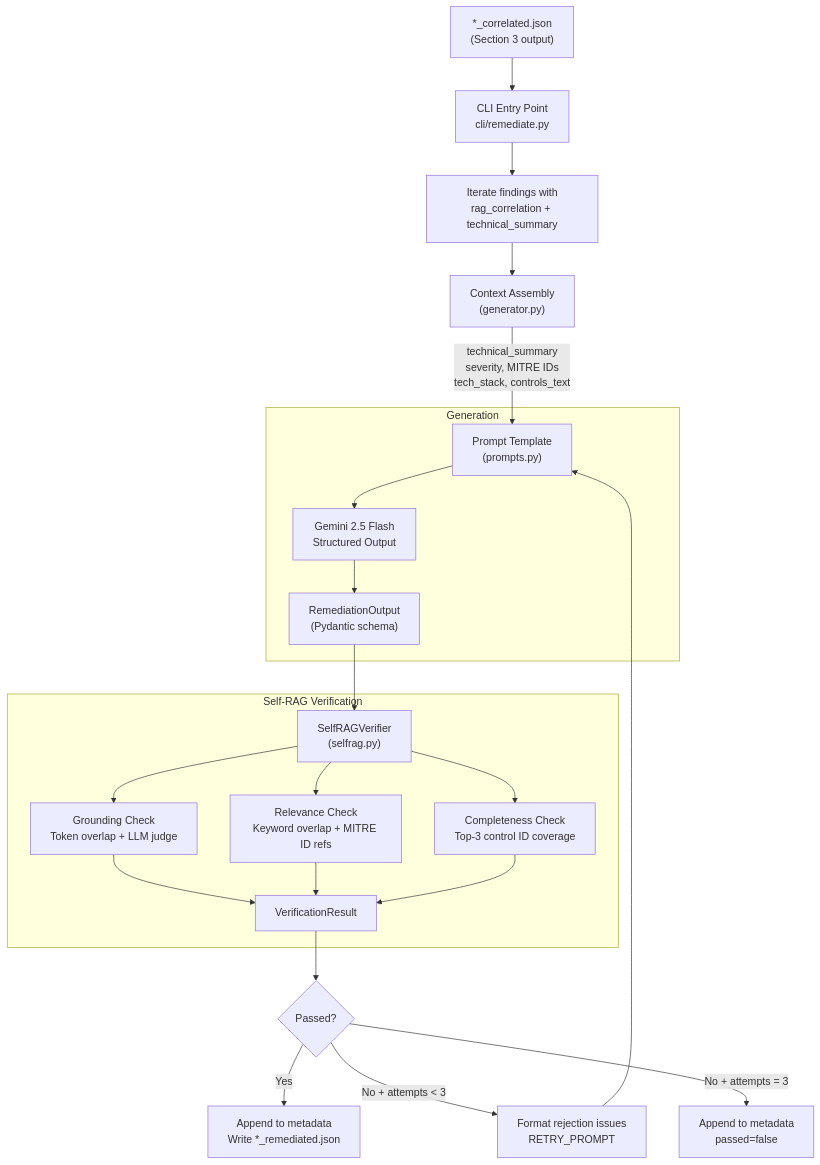
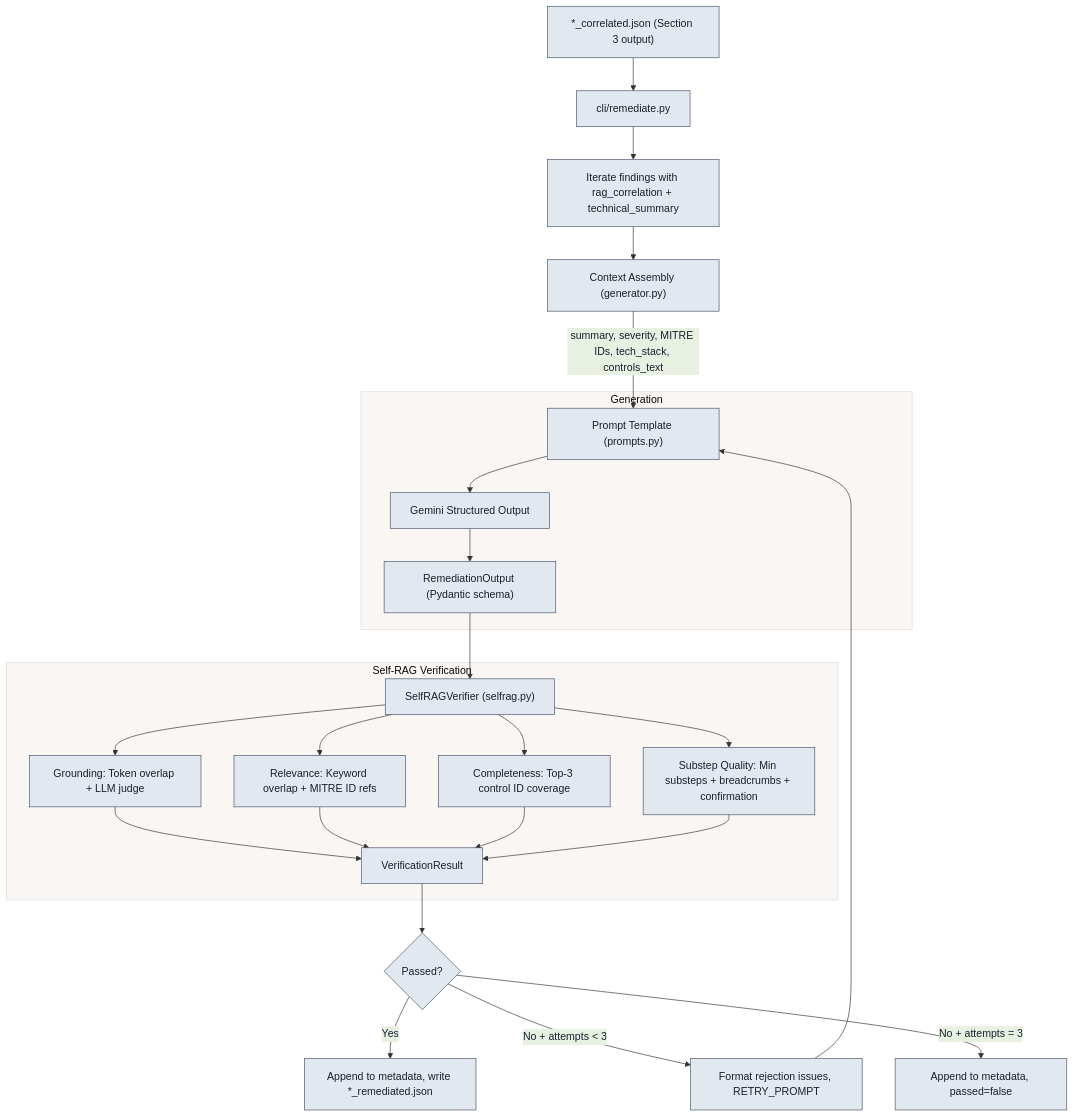
The diagram in src/section4_remediation/README.md (Woyoung21/LastMile-Sec), drawn with Mermaid before and after one commit. The commit also changed other lines of this file and 16 other files, not shown here.

Commit message:
LLM remediation with Self-RAG verification, substep quality enforcement, and Google Search grounding

````diff
--- a/src/section4_remediation/README.md
+++ b/src/section4_remediation/README.md
@@ -7,32 +7,35 @@
 ```mermaid
+%%{init: {"theme": "base", "themeVariables": {"lineColor": "#333333", "primaryColor": "#e2e8f0", "primaryTextColor": "#1a202c", "primaryBorderColor": "#4a5568"}}}%%
 flowchart TD
-    Input["*_correlated.json<br/>(Section 3 output)"] --> CLI["CLI Entry Point<br/>cli/remediate.py"]
+    Input["*_correlated.json (Section 3 output)"] --> CLI["cli/remediate.py"]
 
-    CLI --> Iter["Iterate findings with<br/>rag_correlation + technical_summary"]
+    CLI --> Iter["Iterate findings with rag_correlation + technical_summary"]
 
-    Iter --> Assemble["Context Assembly<br/>(generator.py)"]
-    Assemble -->|"technical_summary<br/>severity, MITRE IDs<br/>tech_stack, controls_text"| Prompt
+    Iter --> Assemble["Context Assembly (generator.py)"]
+    Assemble -->|"summary, severity, MITRE IDs, tech_stack, controls_text"| Prompt
 
     subgraph gen [Generation]
-        Prompt["Prompt Template<br/>(prompts.py)"] --> Gemini["Gemini 2.5 Flash<br/>Structured Output"]
-        Gemini --> Output["RemediationOutput<br/>(Pydantic schema)"]
+        Prompt["Prompt Template (prompts.py)"] --> Gemini["Gemini Structured Output"]
+        Gemini --> Output["RemediationOutput (Pydantic schema)"]
     end
 
     Output --> Verifier
 
     subgraph selfrag [Self-RAG Verification]
-        Verifier["SelfRAGVerifier<br/>(selfrag.py)"]
-        Verifier --> G["Grounding Check<br/>Token overlap + LLM judge"]
-        Verifier --> R["Relevance Check<br/>Keyword overlap + MITRE ID refs"]
-        Verifier --> C["Completeness Check<br/>Top-3 control ID coverage"]
+        Verifier["SelfRAGVerifier (selfrag.py)"]
+        Verifier --> G["Grounding: Token overlap + LLM judge"]
+        Verifier --> R["Relevance: Keyword overlap + MITRE ID refs"]
+        Verifier --> C["Completeness: Top-3 control ID coverage"]
+        Verifier --> SQ["Substep Quality: Min substeps + breadcrumbs + confirmation"]
         G --> Result["VerificationResult"]
         R --> Result
         C --> Result
+        SQ --> Result
     end
 
     Result --> Decision{Passed?}
-    Decision -->|Yes| Write["Append to metadata<br/>Write *_remediated.json"]
-    Decision -->|"No + attempts < 3"| Retry["Format rejection issues<br/>RETRY_PROMPT"]
+    Decision -->|Yes| Write["Append to metadata, write *_remediated.json"]
+    Decision -->|"No + attempts < 3"| Retry["Format rejection issues, RETRY_PROMPT"]
     Retry --> Prompt
-    Decision -->|"No + attempts = 3"| WriteFail["Append to metadata<br/>passed=false"]
+    Decision -->|"No + attempts = 3"| WriteFail["Append to metadata, passed=false"]
 ```
````
